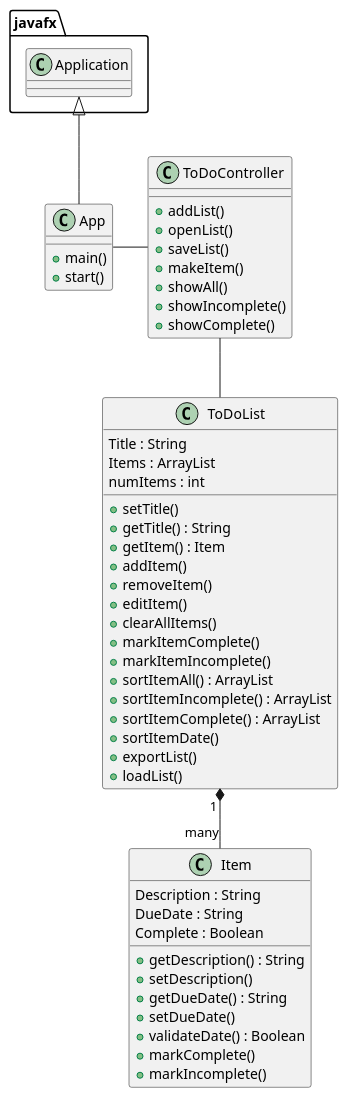
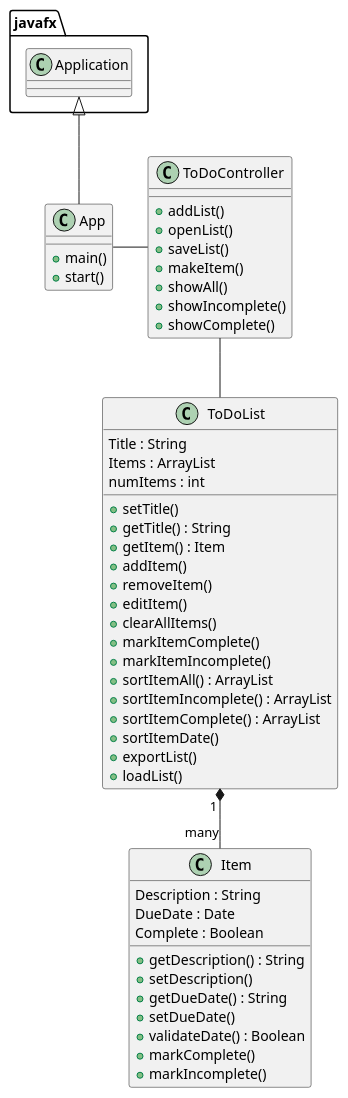
The diagram in uml/ToDoUML.puml (kieran-l-jimenez/jimenez-cop3330-assignment4part2), drawn with PlantUML before and after one commit. The commit also changed 3 other files, not shown here.

```diff
--- a/uml/ToDoUML.puml
+++ b/uml/ToDoUML.puml
@@ -1,72 +1,72 @@
 @startuml
 
 class App {
     + main()
     + start()
 }
 
 class ToDoController {
 + addList()
 + openList()
 + saveList()
 + makeItem()
 + showAll()
 + showIncomplete()
 + showComplete()
 }
 'Req 1
 class ToDoList {
 Title : String
 Items : ArrayList
 numItems : int
 
 +setTitle()
 +getTitle() : String
 +getItem() : Item
 +addItem()
 'Req 4
 +removeItem()
 'Req 5
 +editItem()
 'Req 7, Req 8
 +clearAllItems()
 'Req 6
 +markItemComplete()
 +markItemIncomplete()
 'Req 9
 +sortItemAll() : ArrayList
 'Req 10
 +sortItemIncomplete() : ArrayList
 'Req 11
 +sortItemComplete() : ArrayList
 'Req 12
 +sortItemDate()
 +exportList()
 'Req 13
 +loadList()
 'Req 14
 }
 
 class Item {
 Description : String
 'Req 2
-DueDate : String
+DueDate : Date
 'Req 3
 'Format: YYYY-MM-DD
 Complete : Boolean
 
 + getDescription() : String
 + setDescription()
 + getDueDate() : String
 + setDueDate()
 + validateDate() : Boolean
 'Req 3.1: see if 1)DD doesn't go past max for the month, 2)positive numbers
 + markComplete()
 + markIncomplete()
 }
 
 ToDoList "1 " *-- "many" Item
 App - ToDoController
 ToDoController -- ToDoList
 javafx.Application <|-- App
 @enduml
```
